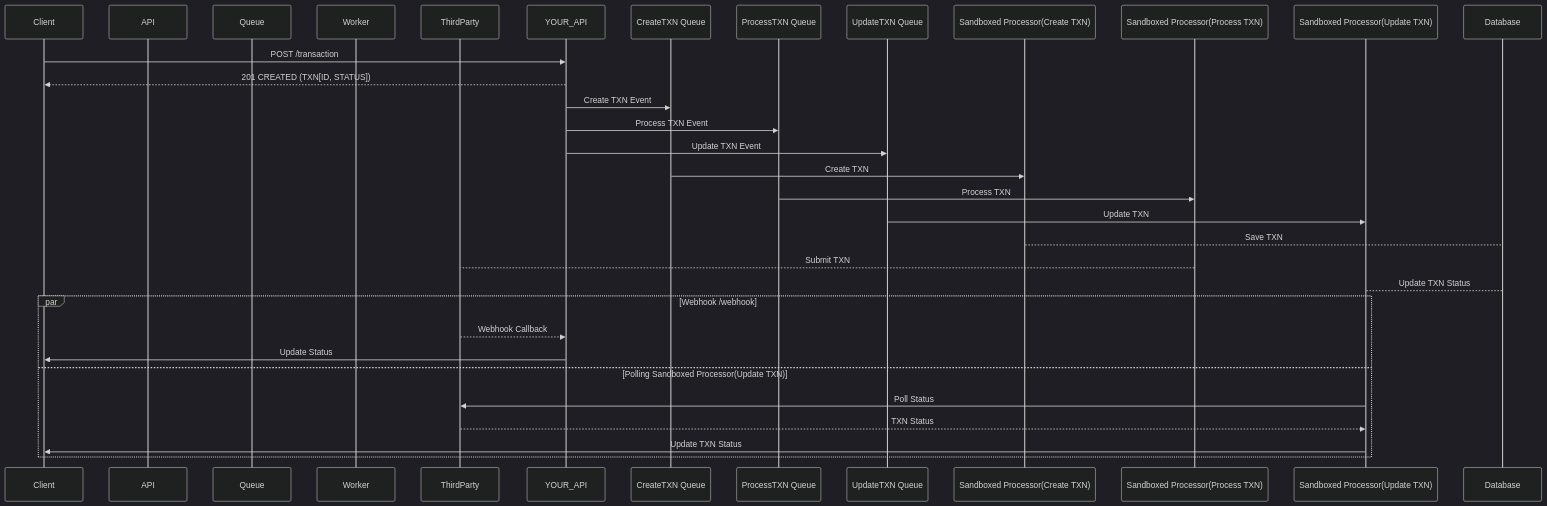
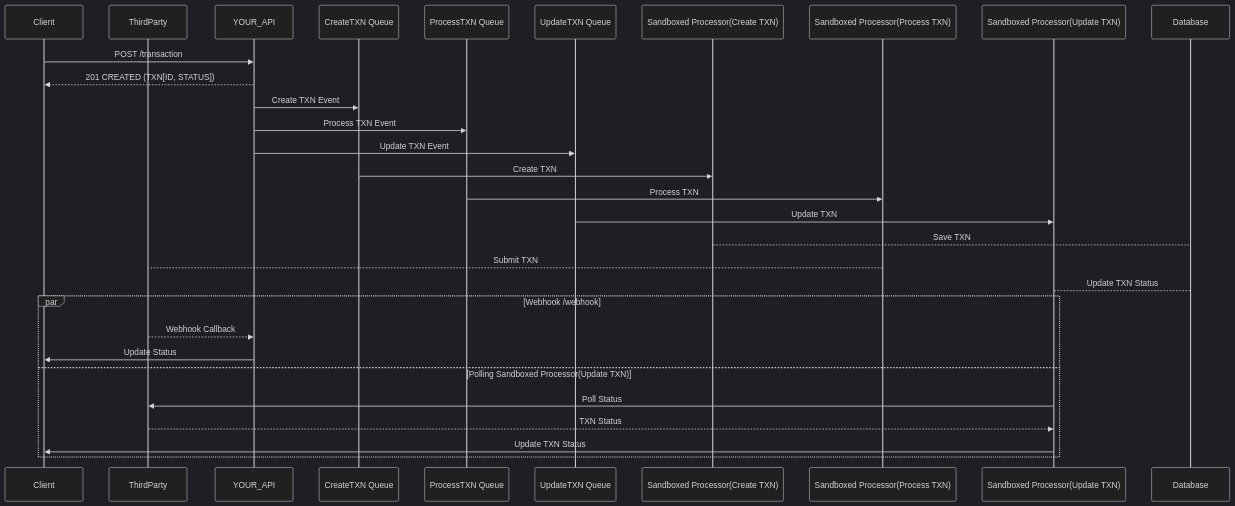
Before and after one commit to victor-enogwe/djamoapp-interview-swe-01: the second of 2 diagrams in your_api/README.md, drawn with Mermaid (dark theme).

Commit message:
docs: update README.md update sequence diagram participants for transaction flow

````diff
--- a/your_api/README.md
+++ b/your_api/README.md
@@ -38,29 +38,33 @@
 ```mermaid
 sequenceDiagram
     participant Client
-    participant API
-    participant Queue
-    participant Worker
     participant ThirdParty
+    participant YOUR_API
+    participant CreateTXN Queue
+    participant ProcessTXN Queue
+    participant UpdateTXN Queue
+    participant Sandboxed Processor(Create TXN)
+    participant Sandboxed Processor(Process TXN)
+    participant Sandboxed Processor(Update TXN)
 
     Client->>YOUR_API: POST /transaction
     YOUR_API-->>Client: 201 CREATED (TXN[ID, STATUS])
     YOUR_API->>CreateTXN Queue: Create TXN Event
     YOUR_API->>ProcessTXN Queue: Process TXN Event
     YOUR_API->>UpdateTXN Queue: Update TXN Event
     CreateTXN Queue->>Sandboxed Processor(Create TXN): Create TXN
     ProcessTXN Queue->>Sandboxed Processor(Process TXN): Process TXN
     UpdateTXN Queue->>Sandboxed Processor(Update TXN): Update TXN
     Sandboxed Processor(Create TXN)-->Database: Save TXN
     Sandboxed Processor(Process TXN)-->ThirdParty: Submit TXN
     Sandboxed Processor(Update TXN)-->Database: Update TXN Status
 
     par Webhook /webhook
         ThirdParty-->>YOUR_API: Webhook Callback
         YOUR_API->>Client: Update Status
     and Polling Sandboxed Processor(Update TXN)
         Sandboxed Processor(Update TXN)->>ThirdParty: Poll Status
         ThirdParty-->>Sandboxed Processor(Update TXN): TXN Status
         Sandboxed Processor(Update TXN)->>Client: Update TXN Status
     end
 ```
````
